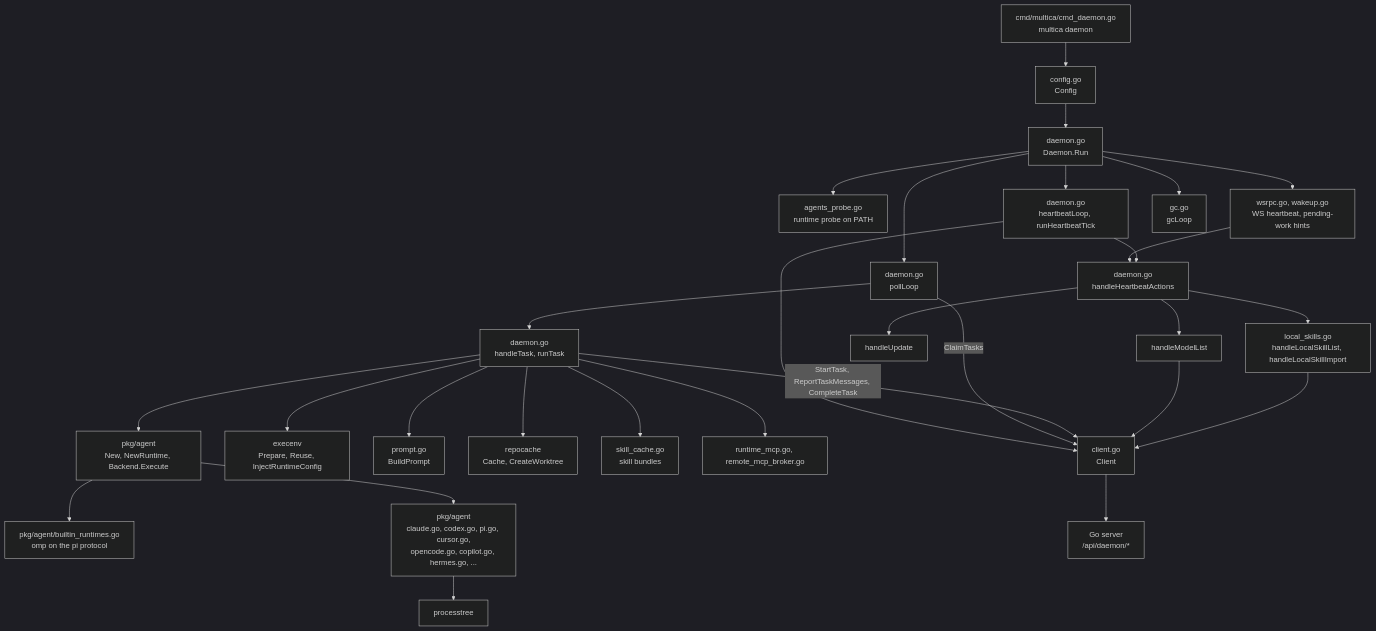
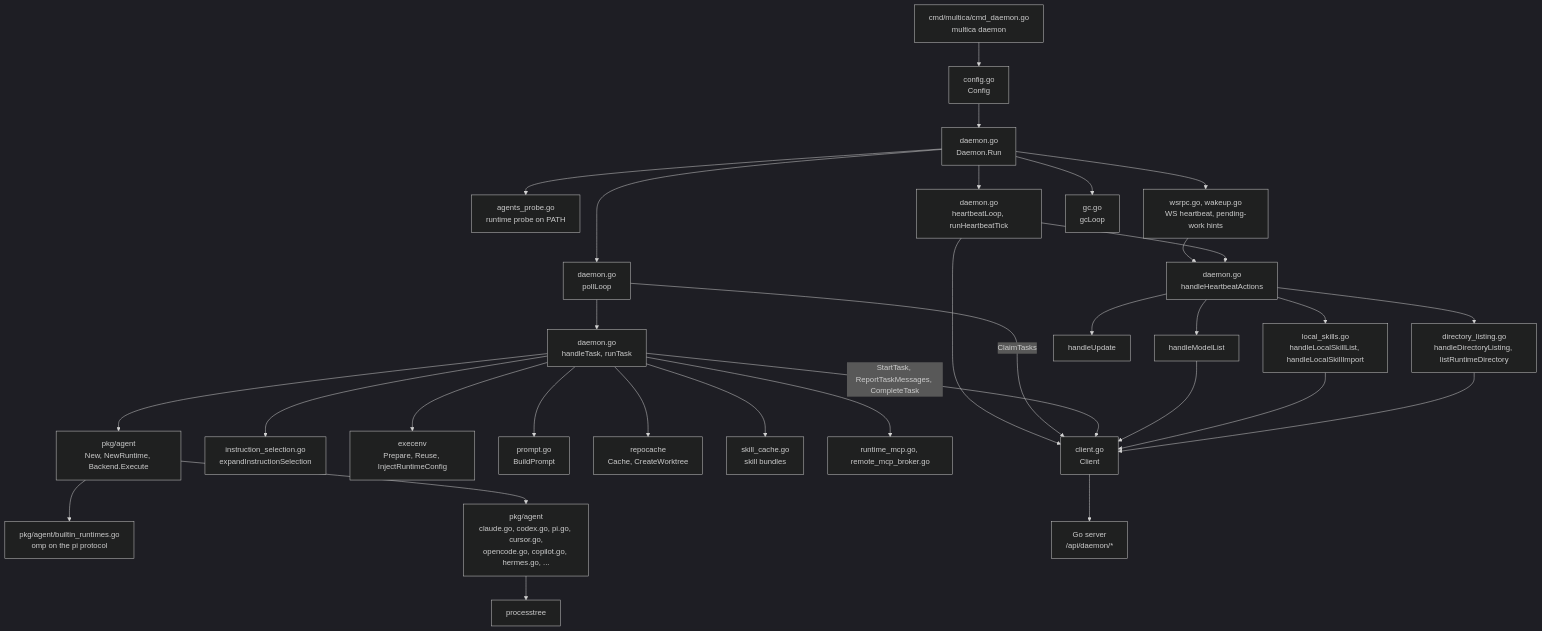
The third of 6 diagrams in specs/docs/system-design.md (appboypov/multica), drawn with Mermaid (dark theme) before and after one commit. The commit also changed other lines of this file, not shown here.

Commit message:
docs(specs): show instruction selection in the system design

````diff
--- a/specs/docs/system-design.md
+++ b/specs/docs/system-design.md
@@ -141,55 +144,60 @@
 ```mermaid
 flowchart TB
   cmd["cmd/multica/cmd_daemon.go<br/>multica daemon"]
   config["config.go<br/>Config"]
   run["daemon.go<br/>Daemon.Run"]
   probe["agents_probe.go<br/>runtime probe on PATH"]
   client["client.go<br/>Client"]
   hb["daemon.go<br/>heartbeatLoop, runHeartbeatTick"]
   ws["wsrpc.go, wakeup.go<br/>WS heartbeat, pending-work hints"]
   actions["daemon.go<br/>handleHeartbeatActions"]
   models["handleModelList"]
   localskills["local_skills.go<br/>handleLocalSkillList, handleLocalSkillImport"]
+  dirlist["directory_listing.go<br/>handleDirectoryListing, listRuntimeDirectory"]
+  selection["instruction_selection.go<br/>expandInstructionSelection"]
   update["handleUpdate"]
   poll["daemon.go<br/>pollLoop"]
   task["daemon.go<br/>handleTask, runTask"]
   execenv["execenv<br/>Prepare, Reuse, InjectRuntimeConfig"]
   prompt["prompt.go<br/>BuildPrompt"]
   repocache["repocache<br/>Cache, CreateWorktree"]
   skillcache["skill_cache.go<br/>skill bundles"]
   mcp["runtime_mcp.go, remote_mcp_broker.go"]
   agentpkg["pkg/agent<br/>New, NewRuntime, Backend.Execute"]
   builtin["pkg/agent/builtin_runtimes.go<br/>omp on the pi protocol"]
   backends["pkg/agent<br/>claude.go, codex.go, pi.go, cursor.go,<br/>opencode.go, copilot.go, hermes.go, ..."]
   procs["processtree"]
   gc["gc.go<br/>gcLoop"]
   server["Go server<br/>/api/daemon/*"]
 
   cmd --> config --> run
   run --> probe
   run --> hb
   run --> ws
   run --> poll
   run --> gc
   hb --> client
   ws --> actions
   hb --> actions
   actions --> models
   actions --> localskills
+  actions --> dirlist
   actions --> update
   poll -->|"ClaimTasks"| client
   poll --> task
+  task --> selection
   task --> execenv
   task --> prompt
   task --> repocache
   task --> skillcache
   task --> mcp
   task --> agentpkg
   agentpkg --> builtin
   agentpkg --> backends
   backends --> procs
   task -->|"StartTask, ReportTaskMessages, CompleteTask"| client
   models --> client
   localskills --> client
+  dirlist --> client
   client --> server
 ```
````
